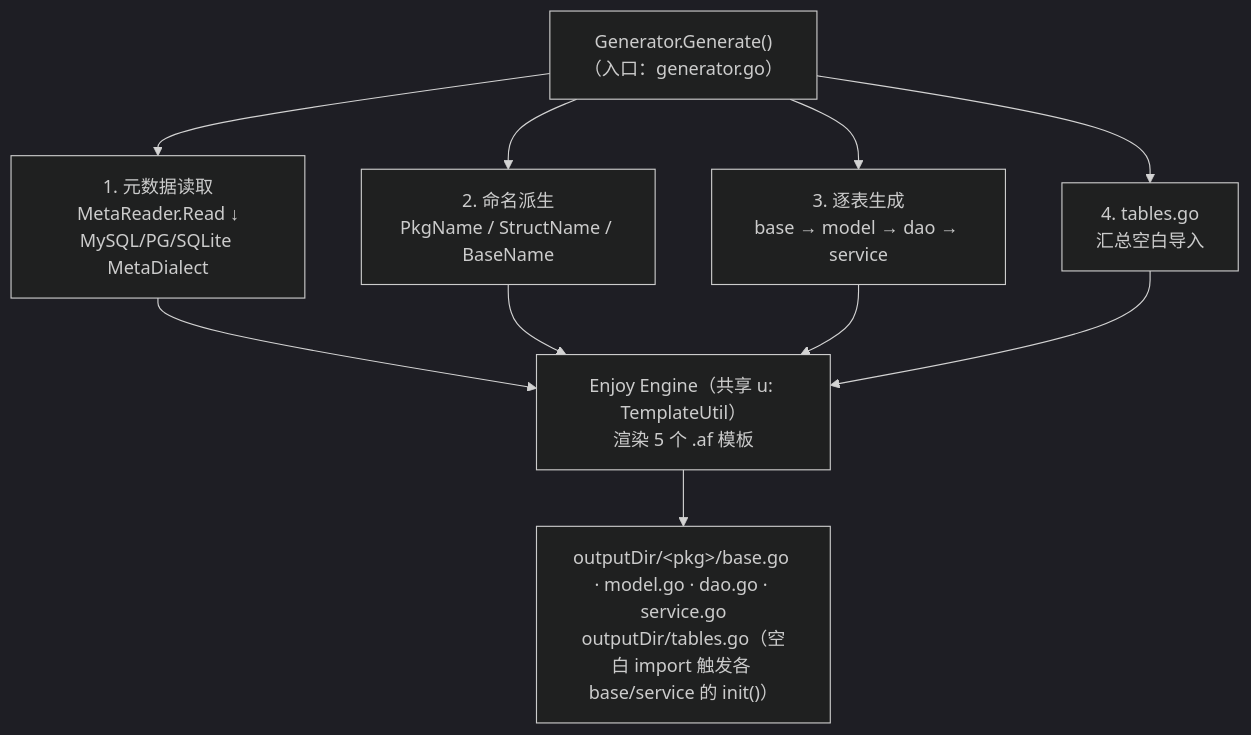
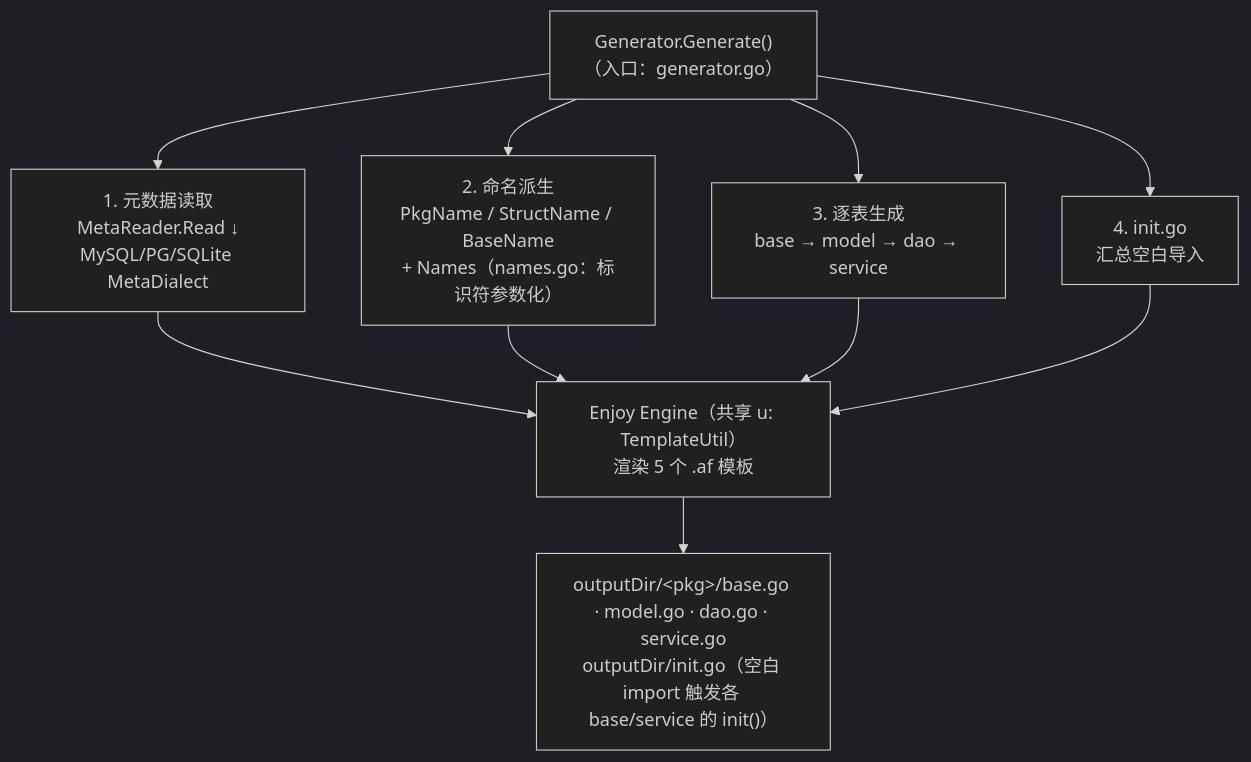
One commit to crazy-airhead/aifei-go changed the first of 4 diagrams in docs/guide/generator.md. Above: the diagram before and after it, drawn with Mermaid (dark theme). The commit also changed other lines of this file and 42 other files, not shown here.

````diff
--- a/docs/guide/generator.md
+++ b/docs/guide/generator.md
@@ -33,12 +33,12 @@
 ```mermaid
 flowchart TD
     GEN["Generator.Generate()<br/>（入口：generator.go）"] --> P1["1. 元数据读取<br/>MetaReader.Read ↓<br/>MySQL/PG/SQLite MetaDialect"]
-    GEN --> P2["2. 命名派生<br/>PkgName / StructName / BaseName"]
+    GEN --> P2["2. 命名派生<br/>PkgName / StructName / BaseName<br/>+ Names（names.go：标识符参数化）"]
     GEN --> P3["3. 逐表生成<br/>base → model → dao → service"]
-    GEN --> P4["4. tables.go<br/>汇总空白导入"]
+    GEN --> P4["4. init.go<br/>汇总空白导入"]
     P1 --> ENJ["Enjoy Engine（共享 u: TemplateUtil）<br/>渲染 5 个 .af 模板"]
     P2 --> ENJ
     P3 --> ENJ
     P4 --> ENJ
-    ENJ --> OUT["outputDir/&lt;pkg&gt;/base.go · model.go · dao.go · service.go<br/>outputDir/tables.go（空白 import 触发各 base/service 的 init()）"]
+    ENJ --> OUT["outputDir/&lt;pkg&gt;/base.go · model.go · dao.go · service.go<br/>outputDir/init.go（空白 import 触发各 base/service 的 init()）"]
 ```
````
